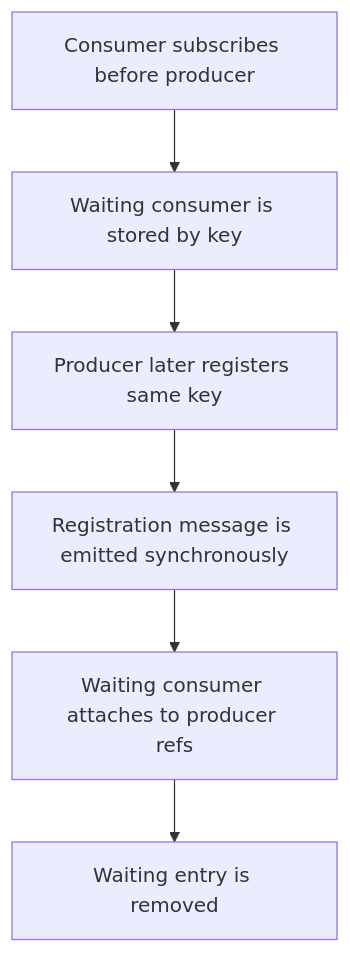
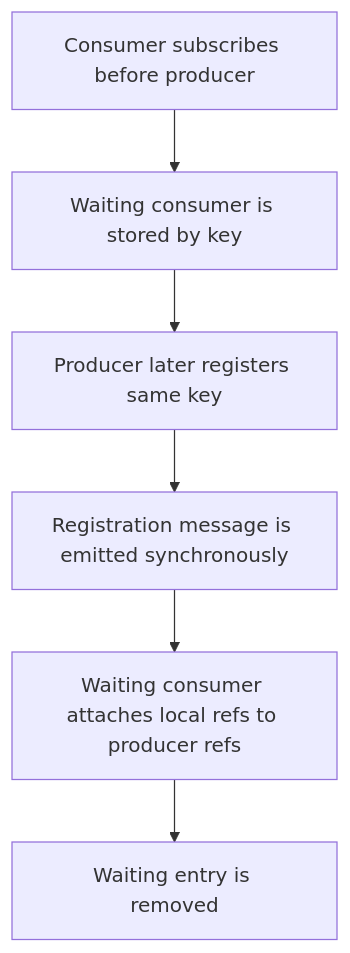
The third of 4 diagrams in README.md (Nessiahs/dexie-reactive), drawn with Mermaid before and after one commit. The commit also changed other lines of this file and 7 other files, not shown here.

````diff
--- a/README.md
+++ b/README.md
@@ -382,8 +396,8 @@
 ```mermaid
 flowchart TD
     A["Consumer subscribes before producer"] --> B["Waiting consumer is stored by key"]
     B --> C["Producer later registers same key"]
     C --> D["Registration message is emitted synchronously"]
-    D --> E["Waiting consumer attaches to producer refs"]
+    D --> E["Waiting consumer attaches local refs to producer refs"]
     E --> F["Waiting entry is removed"]
 ```
````
